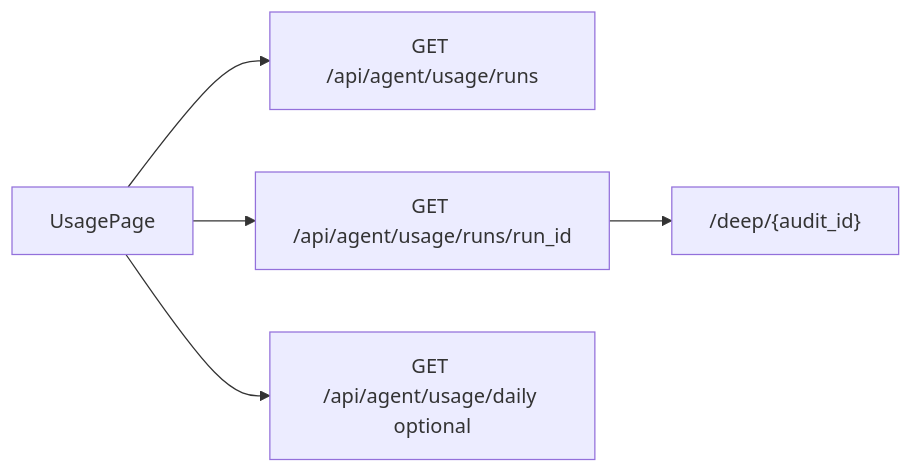
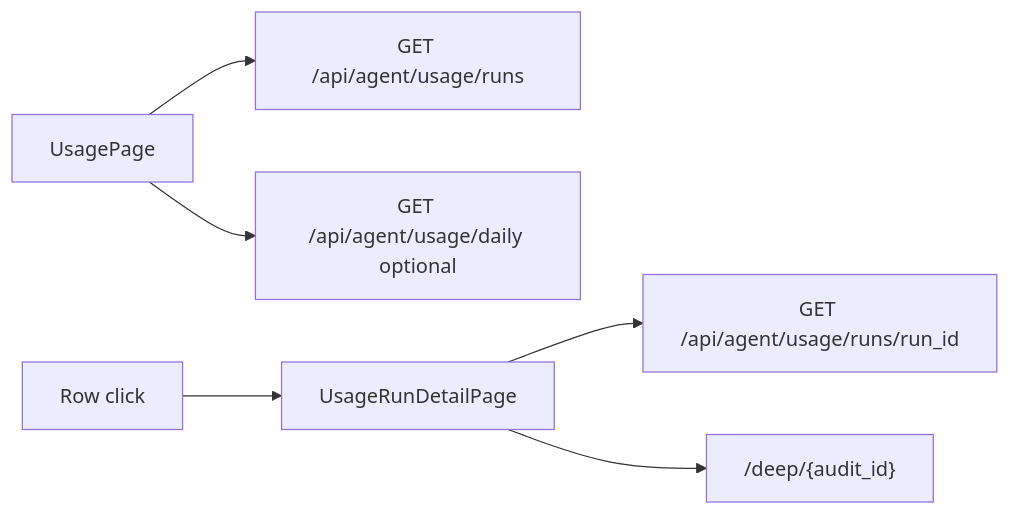
Before and after one commit to Analytics-bb/monitor_frontend: the diagram in .cursor/plans/FE/module-4-usage.plan.md, drawn with Mermaid. The commit also changed other lines of this file and 8 other files, not shown here.

Commit message:
docs(docs): sync M4 usage plan with M14 API and add task pack

````diff
--- a/.cursor/plans/FE/module-4-usage.plan.md
+++ b/.cursor/plans/FE/module-4-usage.plan.md
@@ -116,7 +146,8 @@
 ```mermaid
 flowchart LR
   UP[UsagePage] --> Runs[GET /api/agent/usage/runs]
-  UP --> Detail[GET /api/agent/usage/runs/run_id]
+  UP --> Daily[GET /api/agent/usage/daily optional]
+  RT[Row click] --> Detail[UsageRunDetailPage]
+  Detail --> RunGet[GET /api/agent/usage/runs/run_id]
   Detail --> DeepLink["/deep/{audit_id}"]
-  UP --> Daily[GET /api/agent/usage/daily optional]
 ```
````
